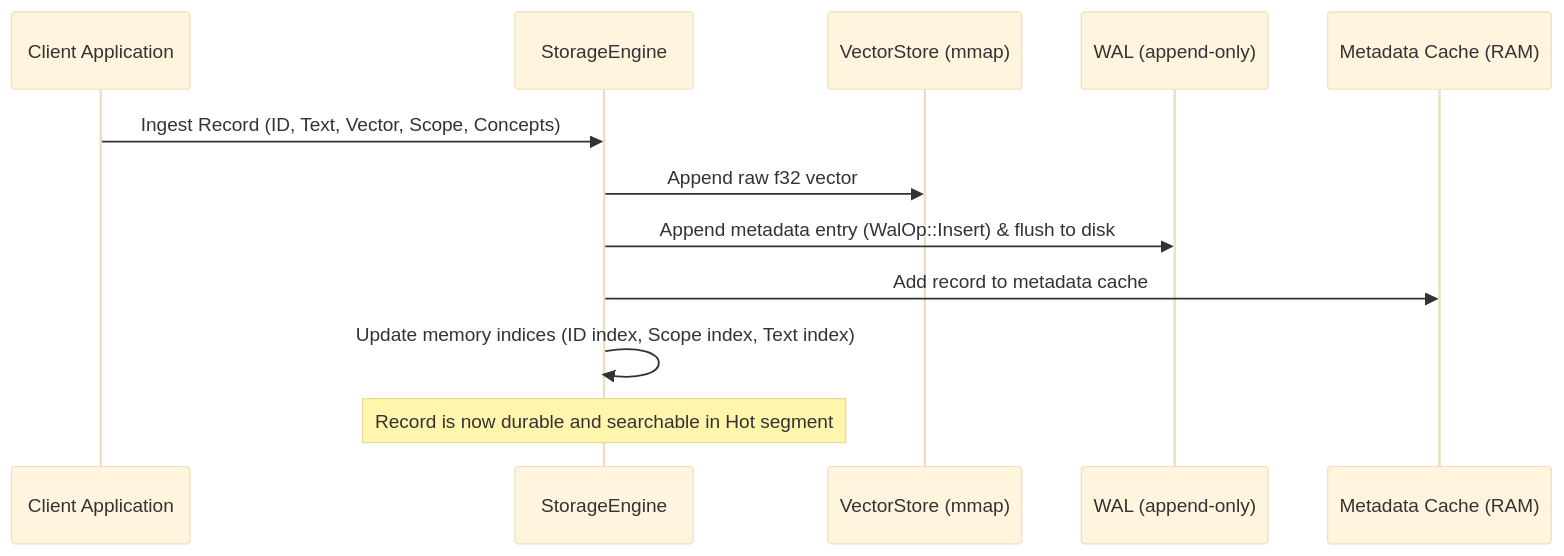
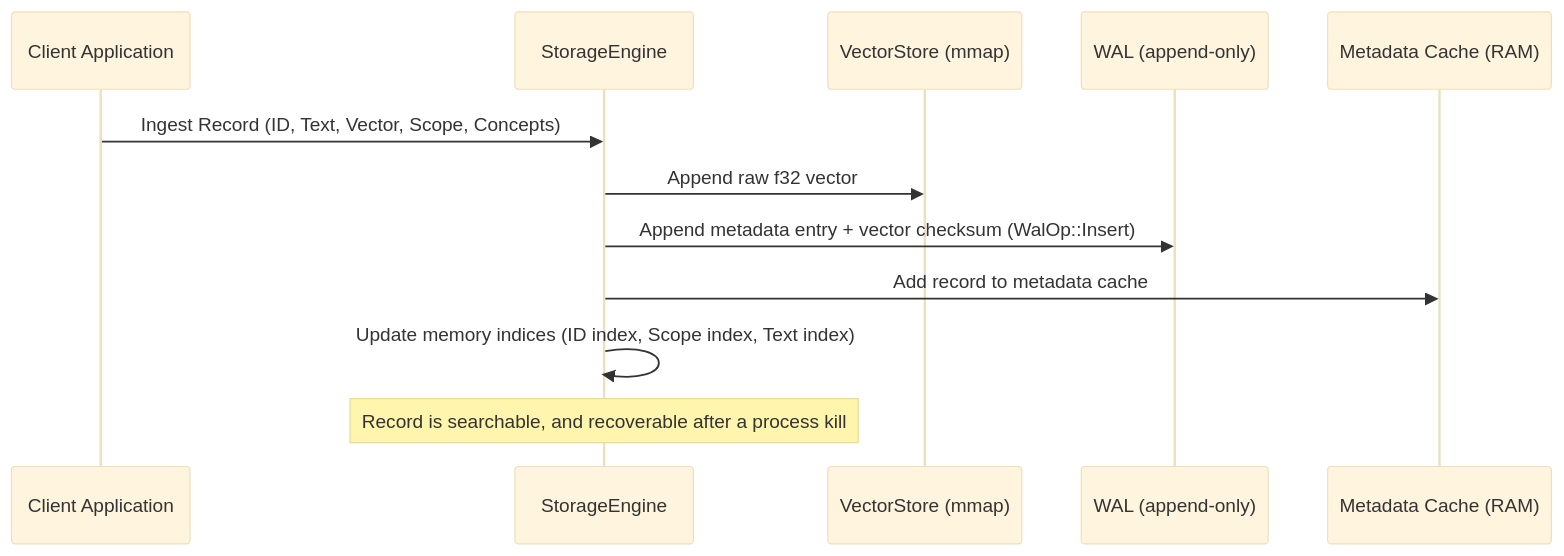
One commit to jatin711-debug/TurboSupermemory changed the second of 5 diagrams in docs/architecture.md. Above: the diagram before and after it, drawn with Mermaid (base theme). The commit also changed other lines of this file and 52 other files, not shown here.

````diff
--- a/docs/architecture.md
+++ b/docs/architecture.md
@@ -93,15 +75,15 @@
 ```mermaid
 sequenceDiagram
     participant App as Client Application
     participant Core as StorageEngine
     participant VS as VectorStore (mmap)
     participant WAL as WAL (append-only)
     participant Cache as Metadata Cache (RAM)
     
     App->>Core: Ingest Record (ID, Text, Vector, Scope, Concepts)
     Core->>VS: Append raw f32 vector
-    Core->>WAL: Append metadata entry (WalOp::Insert) & flush to disk
+    Core->>WAL: Append metadata entry + vector checksum (WalOp::Insert)
     Core->>Cache: Add record to metadata cache
     Core->>Core: Update memory indices (ID index, Scope index, Text index)
-    Note over Core: Record is now durable and searchable in Hot segment
+    Note over Core: Record is searchable, and recoverable after a process kill
 ```
````
